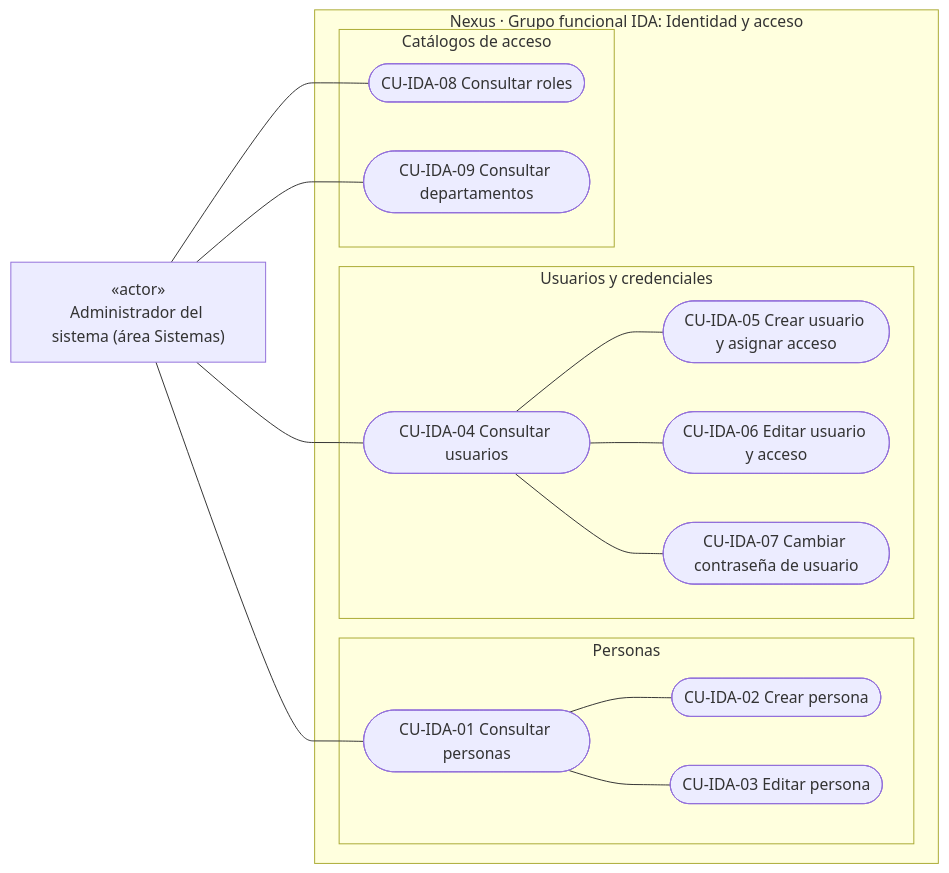
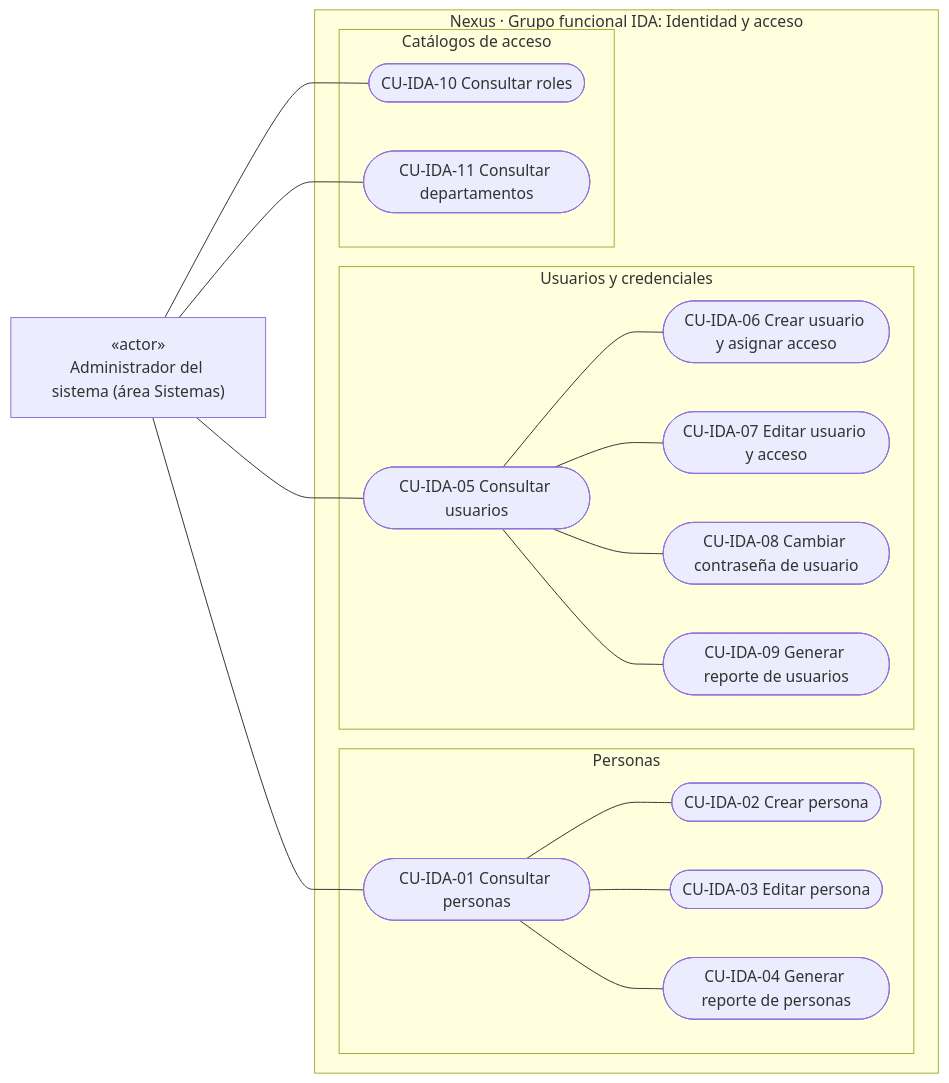
The third of 7 diagrams in docs/requirements/domain-and-use-cases.md (gpgsistemas01/nexus), drawn with Mermaid before and after one commit. The commit also changed other lines of this file and 66 other files, not shown here.

````diff
--- a/docs/requirements/domain-and-use-cases.md
+++ b/docs/requirements/domain-and-use-cases.md
@@ -111,32 +112,36 @@
 ```mermaid
 flowchart LR
     admin["«actor»<br/>Administrador del sistema (área Sistemas)"]
 
     subgraph identityPackage["Nexus · Grupo funcional IDA: Identidad y acceso"]
         subgraph personFamily["Personas"]
             ucPersonQuery(["CU-IDA-01 Consultar personas"])
             ucPersonCreate(["CU-IDA-02 Crear persona"])
             ucPersonEdit(["CU-IDA-03 Editar persona"])
+            ucPersonReport(["CU-IDA-04 Generar reporte de personas"])
         end
         subgraph userFamily["Usuarios y credenciales"]
-            ucUserQuery(["CU-IDA-04 Consultar usuarios"])
-            ucUserCreate(["CU-IDA-05 Crear usuario y asignar acceso"])
-            ucUserEdit(["CU-IDA-06 Editar usuario y acceso"])
-            ucPasswordEdit(["CU-IDA-07 Cambiar contraseña de usuario"])
+            ucUserQuery(["CU-IDA-05 Consultar usuarios"])
+            ucUserCreate(["CU-IDA-06 Crear usuario y asignar acceso"])
+            ucUserEdit(["CU-IDA-07 Editar usuario y acceso"])
+            ucPasswordEdit(["CU-IDA-08 Cambiar contraseña de usuario"])
+            ucUserReport(["CU-IDA-09 Generar reporte de usuarios"])
         end
         subgraph accessCatalogFamily["Catálogos de acceso"]
-            ucRoleQuery(["CU-IDA-08 Consultar roles"])
-            ucDepartmentQuery(["CU-IDA-09 Consultar departamentos"])
+            ucRoleQuery(["CU-IDA-10 Consultar roles"])
+            ucDepartmentQuery(["CU-IDA-11 Consultar departamentos"])
         end
     end
 
     admin --- ucPersonQuery
     admin --- ucUserQuery
     admin --- ucRoleQuery
     admin --- ucDepartmentQuery
     ucPersonQuery --- ucPersonCreate
     ucPersonQuery --- ucPersonEdit
+    ucPersonQuery --- ucPersonReport
     ucUserQuery --- ucUserCreate
     ucUserQuery --- ucUserEdit
     ucUserQuery --- ucPasswordEdit
+    ucUserQuery --- ucUserReport
 ```
````
